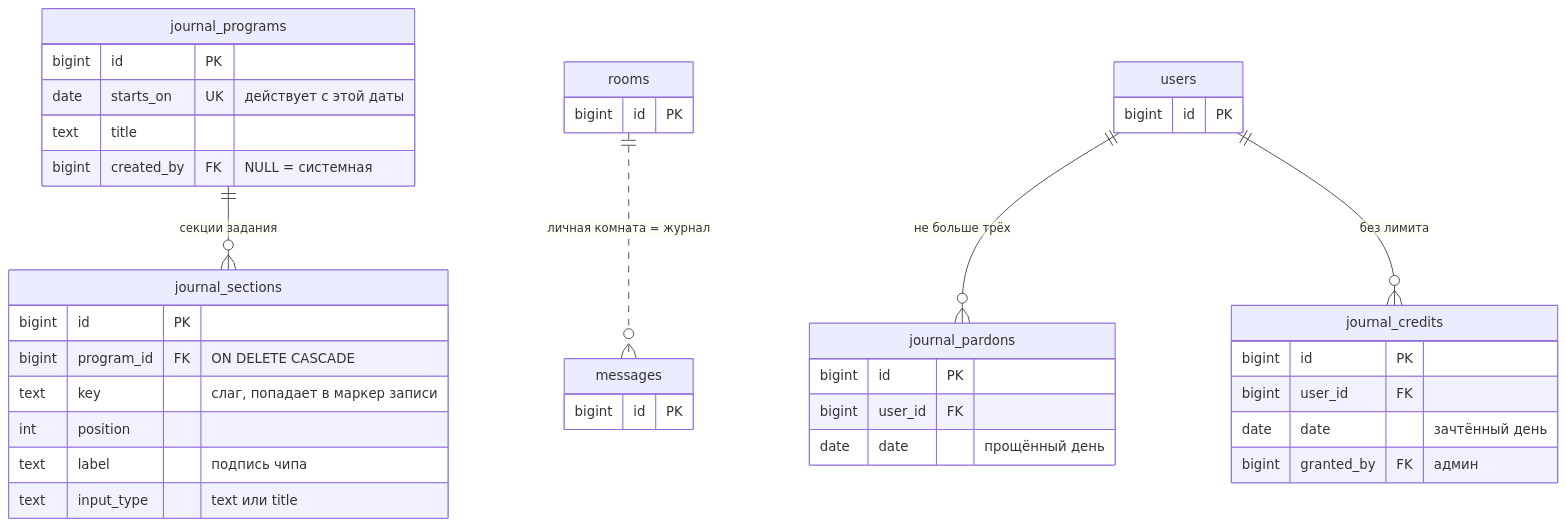
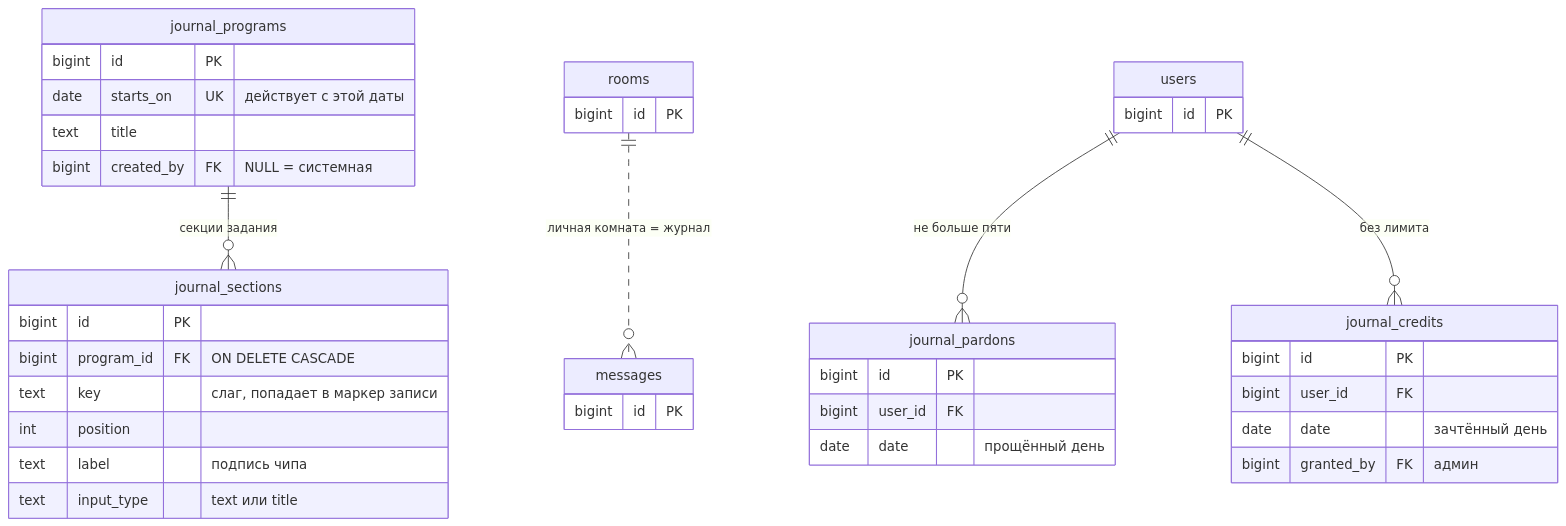
Before and after one commit to code-tamer3000/argonautica-platfrorm: the eighth of 20 diagrams in docs/ARCHITECTURE.md, drawn with Mermaid. The commit also changed 6 other files, not shown here.

````diff
--- a/docs/ARCHITECTURE.md
+++ b/docs/ARCHITECTURE.md
@@ -572,42 +572,42 @@
 ```mermaid
 erDiagram
     journal_programs {
         bigint id PK
         date starts_on UK "действует с этой даты"
         text title
         bigint created_by FK "NULL = системная"
     }
     journal_sections {
         bigint id PK
         bigint program_id FK "ON DELETE CASCADE"
         text key "слаг, попадает в маркер записи"
         int position
         text label "подпись чипа"
         text input_type "text или title"
     }
     journal_pardons {
         bigint id PK
         bigint user_id FK
         date date "прощённый день"
     }
     journal_credits {
         bigint id PK
         bigint user_id FK
         date date "зачтённый день"
         bigint granted_by FK "админ"
     }
     rooms {
         bigint id PK
     }
     messages {
         bigint id PK
     }
     users {
         bigint id PK
     }
 
     journal_programs ||--o{ journal_sections : "секции задания"
-    users ||--o{ journal_pardons : "не больше трёх"
+    users ||--o{ journal_pardons : "не больше пяти"
     users ||--o{ journal_credits : "без лимита"
     rooms ||..o{ messages : "личная комната = журнал"
 ```
````
